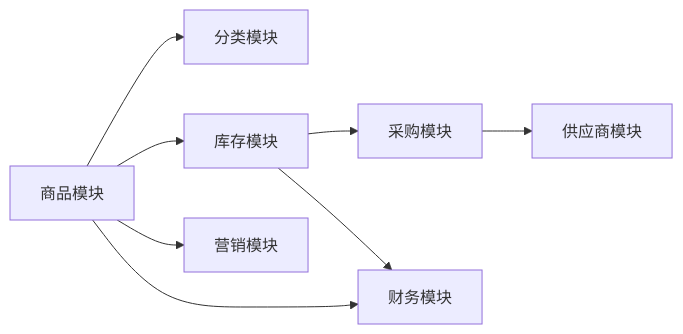
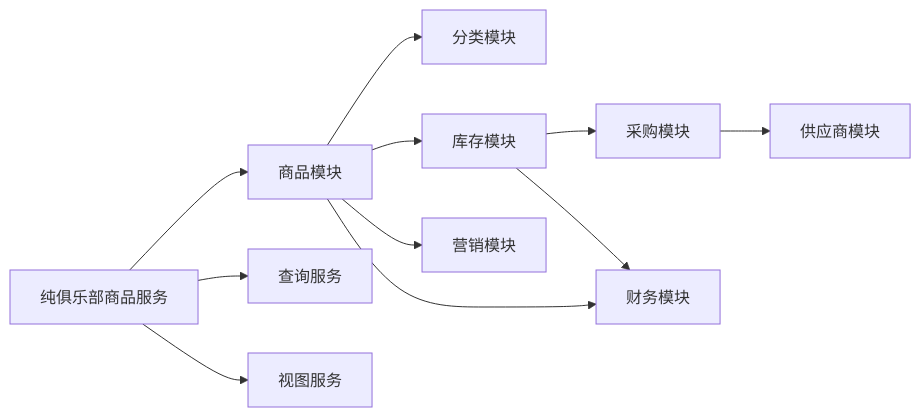
One commit to rc558620/purelyprofit-server changed the eighth of 8 diagrams in .qoder/repowiki/zh/content/业务模块/商品管理模块.md. Above: the diagram before and after it, drawn with Mermaid. The commit also changed other lines of this file and 14 other files, not shown here.

````diff
--- a/.qoder/repowiki/zh/content/业务模块/商品管理模块.md
+++ b/.qoder/repowiki/zh/content/业务模块/商品管理模块.md
@@ -395,10 +461,13 @@
 ```mermaid
 graph LR
 PRD["商品模块"] --> CAT["分类模块"]
 PRD --> INV["库存模块"]
 PRD --> MKT["营销模块"]
 INV --> PUR["采购模块"]
 PUR --> SUP["供应商模块"]
 INV --> FIN["财务模块"]
 PRD --> FIN
+CLUB["纯俱乐部商品服务"] --> PRD
+CLUB --> QRY["查询服务"]
+CLUB --> VIEW["视图服务"]
 ```
````
